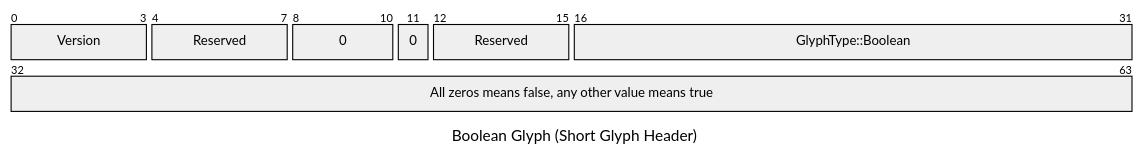
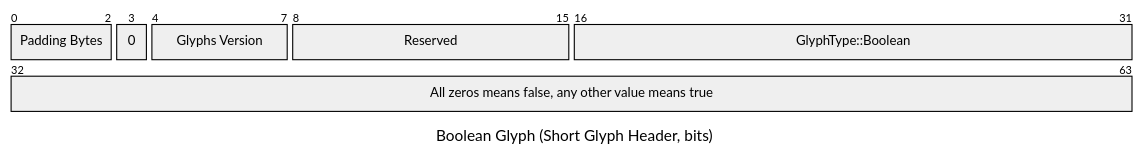
One commit to elara-themica/glifs-contributor-guide changed the third of 15 diagrams in src/binary_formats.md. Above: the diagram before and after it, drawn with Mermaid. The commit also changed other lines of this file, not shown here.

````diff
--- a/src/binary_formats.md
+++ b/src/binary_formats.md
@@ -83,13 +75,12 @@
 ```mermaid
 ---
-title: "Boolean Glyph (Short Glyph Header)"
+title: "Boolean Glyph (Short Glyph Header, bits)"
 ---
 packet-beta
-0-3: "Version"
-4-7: "Reserved"
-8-10: "0"
-11: "0"
-12-15: "Reserved"
+0-2: "Padding Bytes"
+3: "0"
+4-7: "Glyphs Version"
+8-15: "Reserved"
 16-31: "GlyphType::Boolean"
 32-63: "All zeros means false, any other value means true"
 ```
````
